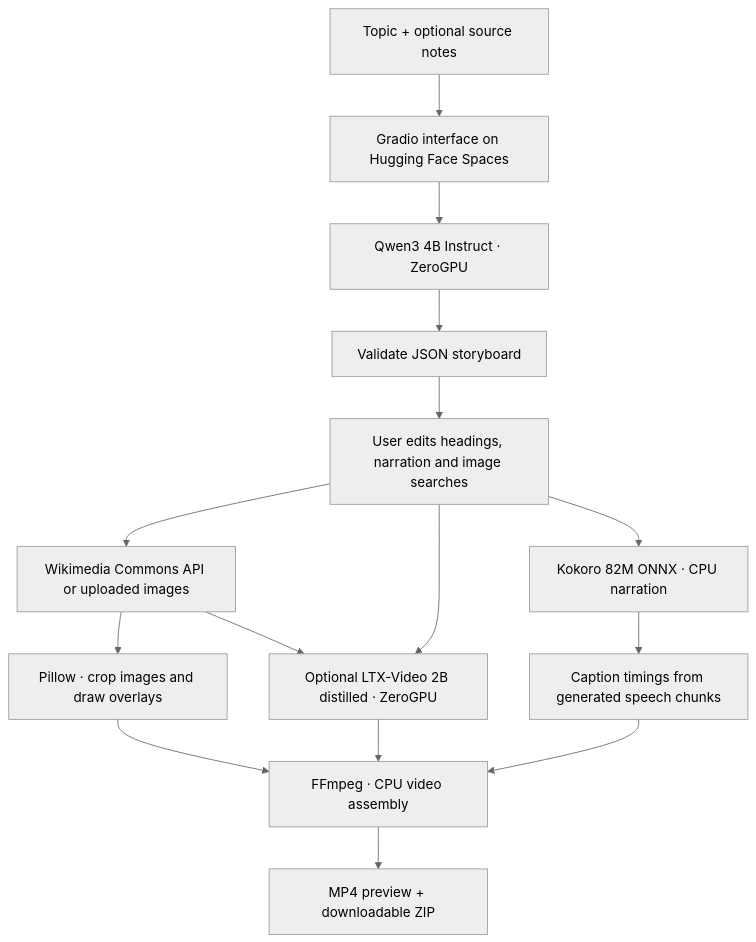
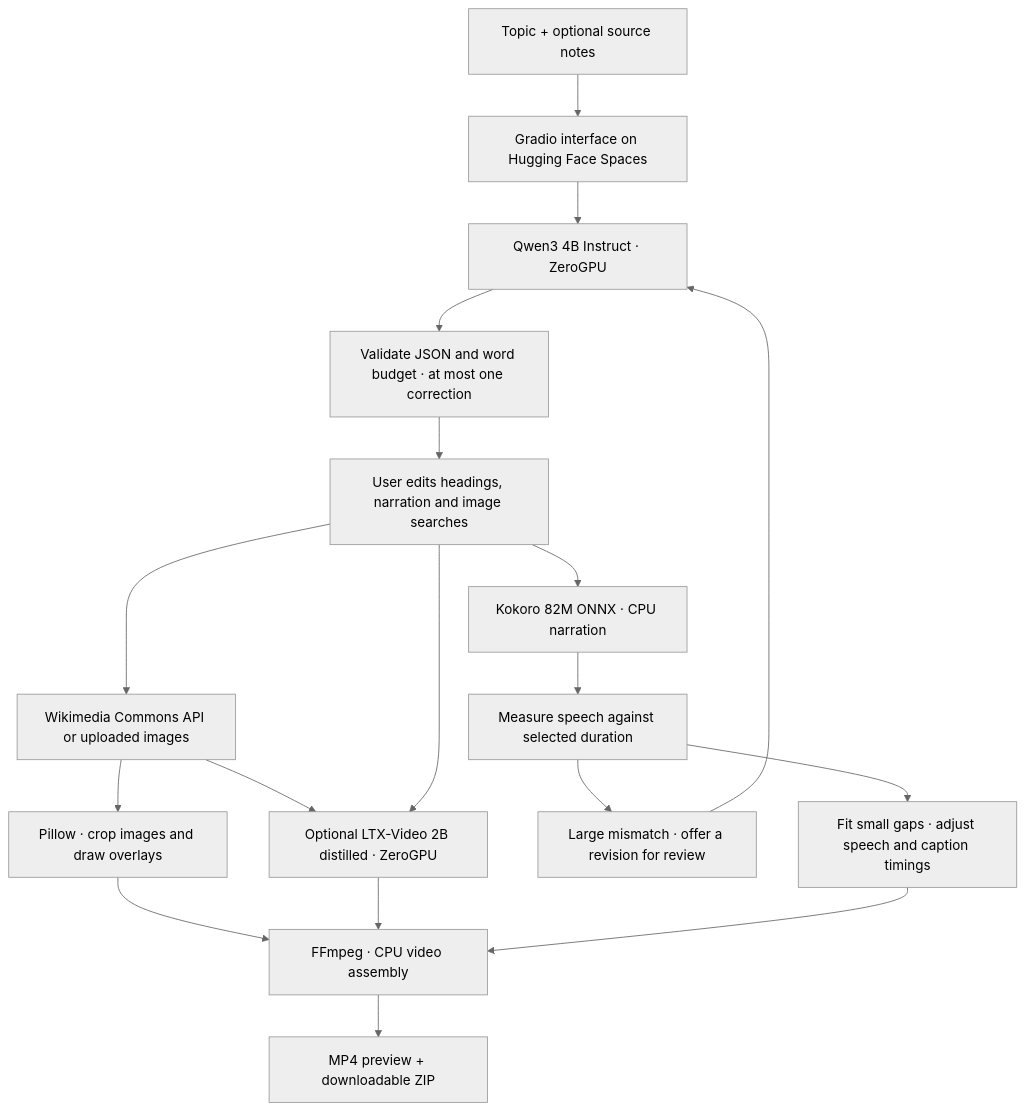
One commit to HuayuanSong/storycut changed the diagram in README.md. Above: the diagram before and after it, drawn with Mermaid (neutral theme). The commit also changed other lines of this file and 12 other files, not shown here.

Commit message:
Fit video exports to measured narration and selected duration

````diff
--- a/README.md
+++ b/README.md
@@ -29,17 +31,20 @@
 ```mermaid
 flowchart TD
     U[Topic + optional source notes] --> UI[Gradio interface on Hugging Face Spaces]
     UI --> Q[Qwen3 4B Instruct · ZeroGPU]
-    Q --> V[Validate JSON storyboard]
+    Q --> V[Validate JSON and word budget · at most one correction]
     V --> E[User edits headings, narration and image searches]
     E --> I[Wikimedia Commons API or uploaded images]
     E --> K[Kokoro 82M ONNX · CPU narration]
     I --> P[Pillow · crop images and draw overlays]
     I --> L[Optional LTX-Video 2B distilled · ZeroGPU]
     E --> L
-    K --> T[Caption timings from generated speech chunks]
+    K --> C[Measure speech against selected duration]
+    C --> R[Large mismatch · offer a revision for review]
+    R --> Q
+    C --> T[Fit small gaps · adjust speech and caption timings]
     P --> F[FFmpeg · CPU video assembly]
     L --> F
     T --> F
     F --> D[MP4 preview + downloadable ZIP]
 ```
````
